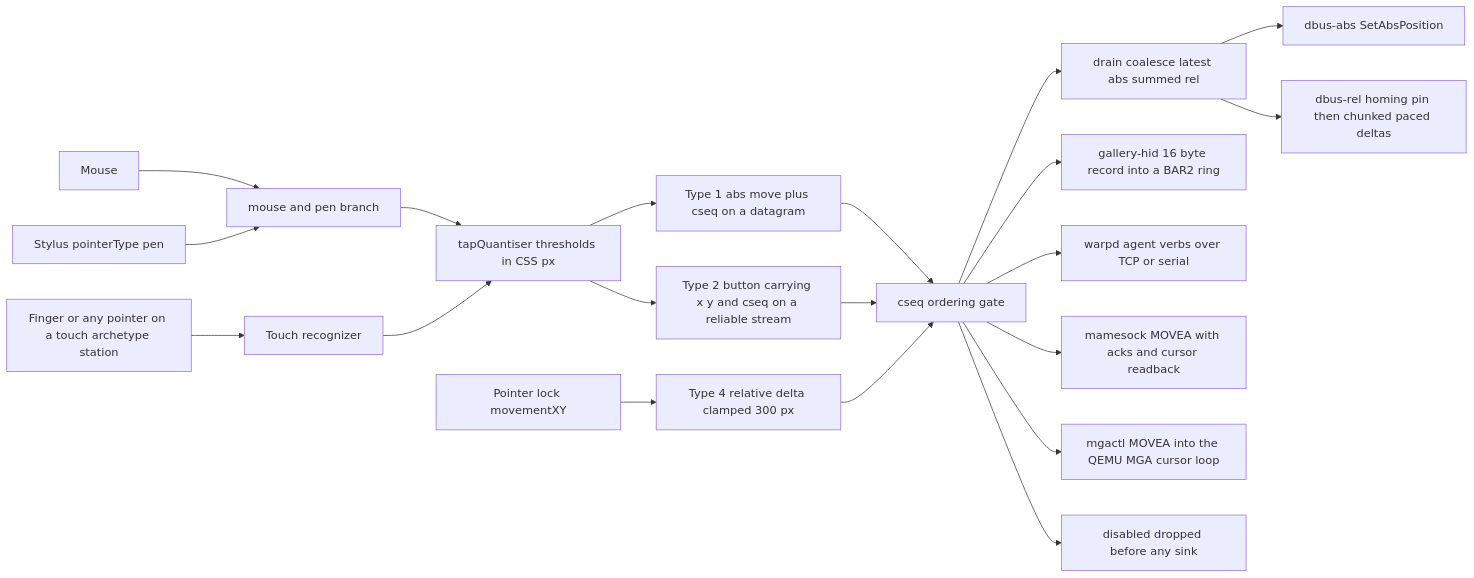
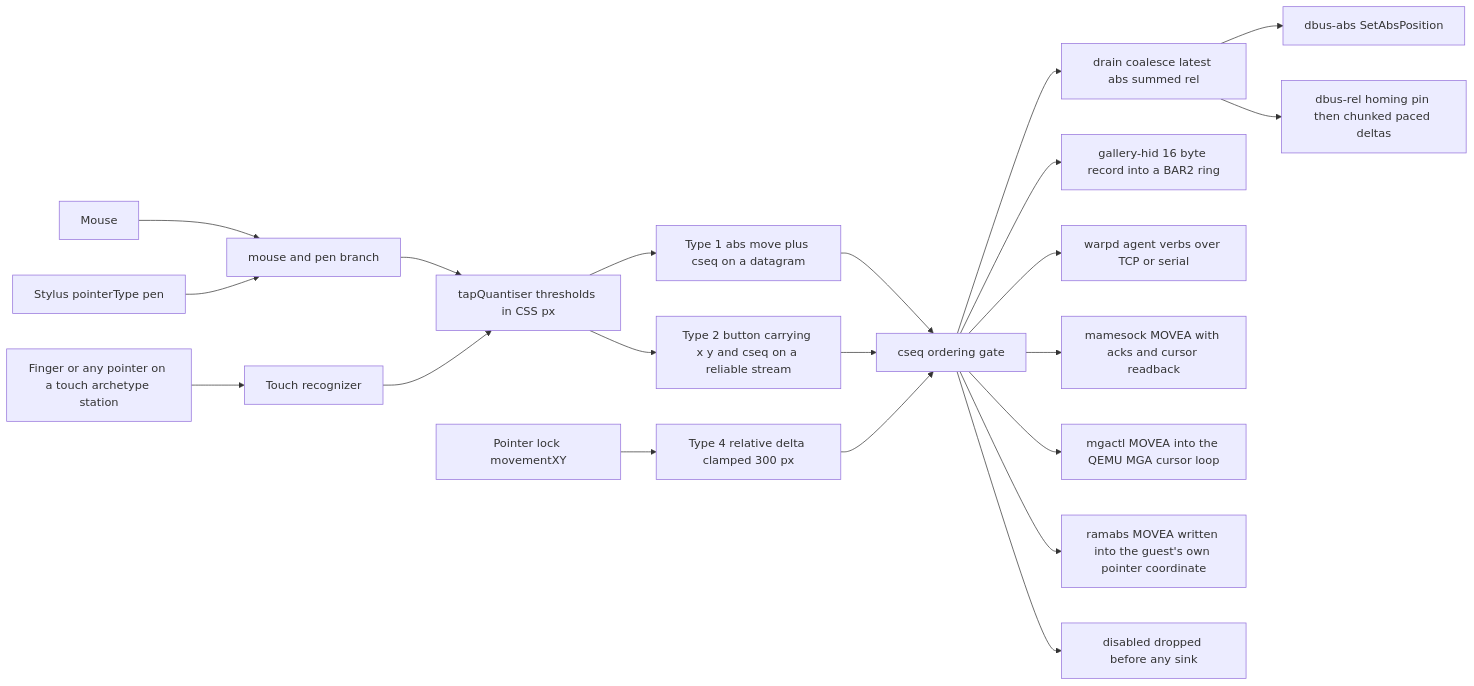
One commit to Wnt/kernel-hive changed the first of 4 diagrams in docs/IO-PATHS.md. Above: the diagram before and after it, drawn with Mermaid. The commit also changed other lines of this file and 20 other files, not shown here.

````diff
--- a/docs/IO-PATHS.md
+++ b/docs/IO-PATHS.md
@@ -54,22 +55,23 @@
 ```mermaid
 flowchart LR
   M[Mouse] --> MP[mouse and pen branch]
   P[Stylus pointerType pen] --> MP
   F[Finger or any pointer on a touch archetype station] --> TP[Touch recognizer]
   MP --> QT[tapQuantiser thresholds in CSS px]
   TP --> QT
   QT --> W1[Type 1 abs move plus cseq on a datagram]
   QT --> W2[Type 2 button carrying x y and cseq on a reliable stream]
   LK[Pointer lock movementXY] --> W4[Type 4 relative delta clamped 300 px]
   W1 --> H[cseq ordering gate]
   W2 --> H
   W4 --> H
   H --> CO[drain coalesce latest abs summed rel]
   CO --> DA[dbus-abs SetAbsPosition]
   CO --> DR[dbus-rel homing pin then chunked paced deltas]
   H --> GH[gallery-hid 16 byte record into a BAR2 ring]
   H --> WD[warpd agent verbs over TCP or serial]
   H --> MS[mamesock MOVEA with acks and cursor readback]
   H --> MG[mgactl MOVEA into the QEMU MGA cursor loop]
+  H --> RA[ramabs MOVEA written into the guest's own pointer coordinate]
   H --> X[disabled dropped before any sink]
 ```
````
